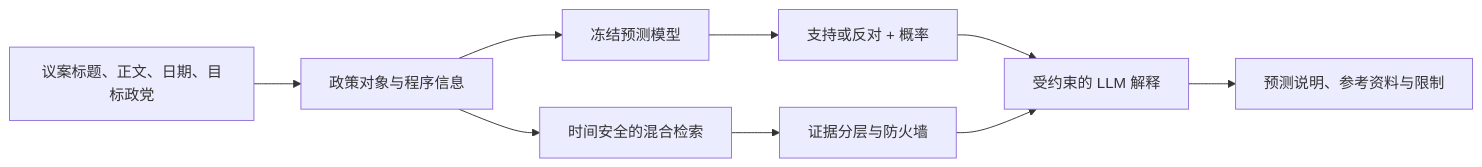
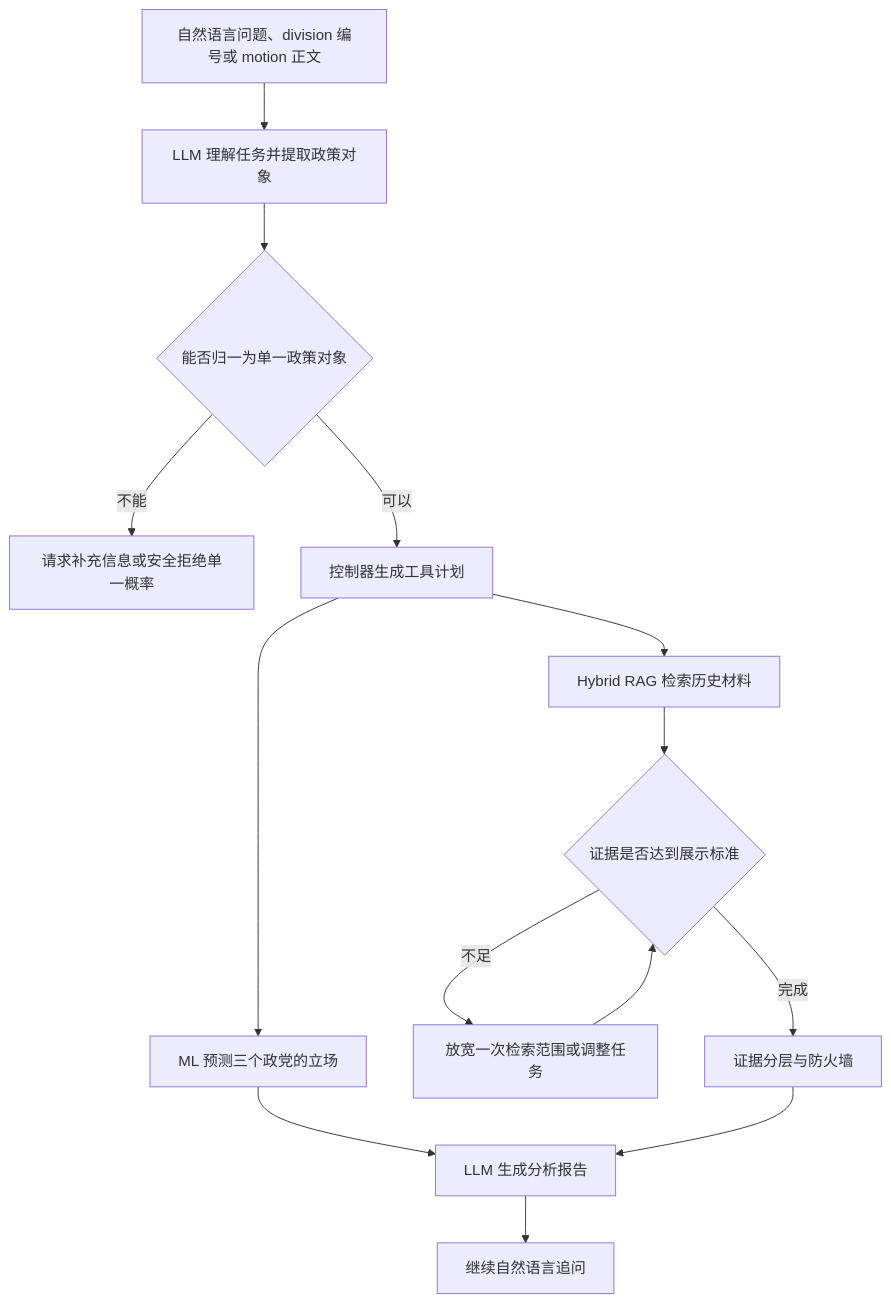
The diagram in README.md (tediousoooo1-sys/Policy-Stance-Agent), drawn with Mermaid before and after one commit. The commit also changed other lines of this file and 8 other files, not shown here.

````diff
--- a/README.md
+++ b/README.md
@@ -31,11 +31,16 @@
 ```mermaid
-flowchart LR
-    A[议案标题、正文、日期、目标政党] --> B[政策对象与程序信息]
-    B --> C[冻结预测模型]
-    C --> D[支持或反对 + 概率]
-    B --> E[时间安全的混合检索]
-    E --> F[证据分层与防火墙]
-    D --> G[受约束的 LLM 解释]
-    F --> G
-    G --> H[预测说明、参考资料与限制]
+flowchart TD
+    A[自然语言问题、division 编号或 motion 正文] --> B[LLM 理解任务并提取政策对象]
+    B --> C{能否归一为单一政策对象}
+    C -->|不能| D[请求补充信息或安全拒绝单一概率]
+    C -->|可以| E[控制器生成工具计划]
+    E --> F[ML 预测三个政党的立场]
+    E --> G[Hybrid RAG 检索历史材料]
+    G --> H{证据是否达到展示标准}
+    H -->|不足| I[放宽一次检索范围或调整任务]
+    I --> H
+    H -->|完成| J[证据分层与防火墙]
+    F --> K[LLM 生成分析报告]
+    J --> K
+    K --> L[继续自然语言追问]
 ```
````
